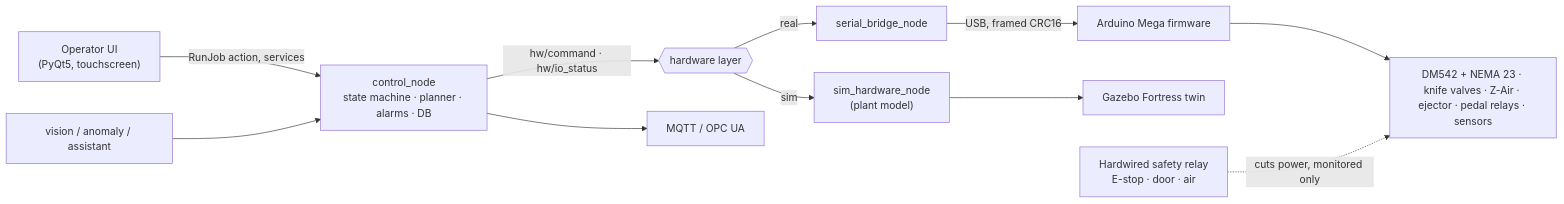
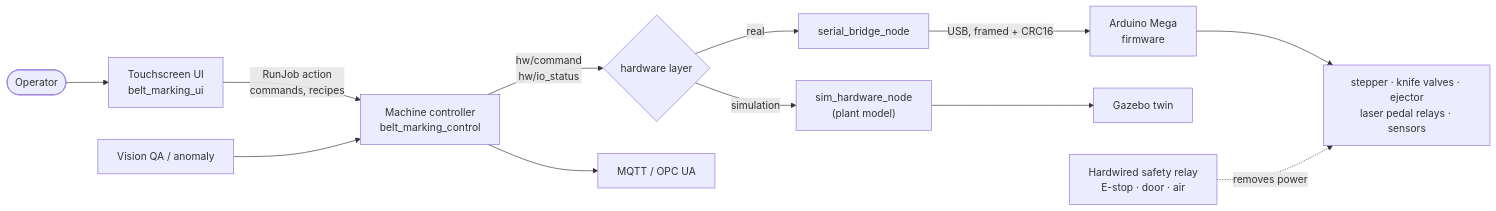
Before and after one commit to basheeraltawil/belt-marking-machine-integrated-with-laser-fiber: the first of 6 diagrams in README.md, drawn with Mermaid. The commit also changed other lines of this file and 16 other files, not shown here.

````diff
--- a/README.md
+++ b/README.md
@@ -49,11 +43,12 @@
 ```mermaid
 flowchart LR
-  UI["Operator UI<br/>(PyQt5, touchscreen)"] -- "RunJob action, services" --> CTRL["control_node<br/>state machine · planner · alarms · DB"]
-  CTRL -- "hw/command · hw/io_status" --> HW{{"hardware layer"}}
-  HW -- "real" --> BR["serial_bridge_node"] -- "USB, framed CRC16" --> FW["Arduino Mega firmware"]
-  HW -- "sim" --> SIM["sim_hardware_node<br/>(plant model)"] --> GZ["Gazebo Fortress twin"]
-  FW --> M["DM542 + NEMA 23 · knife valves · Z-Air · ejector · pedal relays · sensors"]
-  SAFE["Hardwired safety relay<br/>E-stop · door · air"] -. "cuts power, monitored only" .-> M
-  VIS["vision / anomaly / assistant"] --> CTRL
+  OP(["Operator"]) --> UI["Touchscreen UI<br/>belt_marking_ui"]
+  UI -- "RunJob action<br/>commands, recipes" --> CTRL["Machine controller<br/>belt_marking_control"]
+  CTRL -- "hw/command<br/>hw/io_status" --> HW{"hardware layer"}
+  HW -- "real" --> BR["serial_bridge_node"] -- "USB, framed + CRC16" --> MEGA["Arduino Mega<br/>firmware"]
+  HW -- "simulation" --> SIM["sim_hardware_node<br/>(plant model)"] --> GZ["Gazebo twin"]
+  MEGA --> MACH["stepper · knife valves · ejector<br/>laser pedal relays · sensors"]
+  SAFE["Hardwired safety relay<br/>E-stop · door · air"] -. "removes power" .-> MACH
+  VIS["Vision QA / anomaly"] --> CTRL
   CTRL --> GW["MQTT / OPC UA"]
 ```
````
